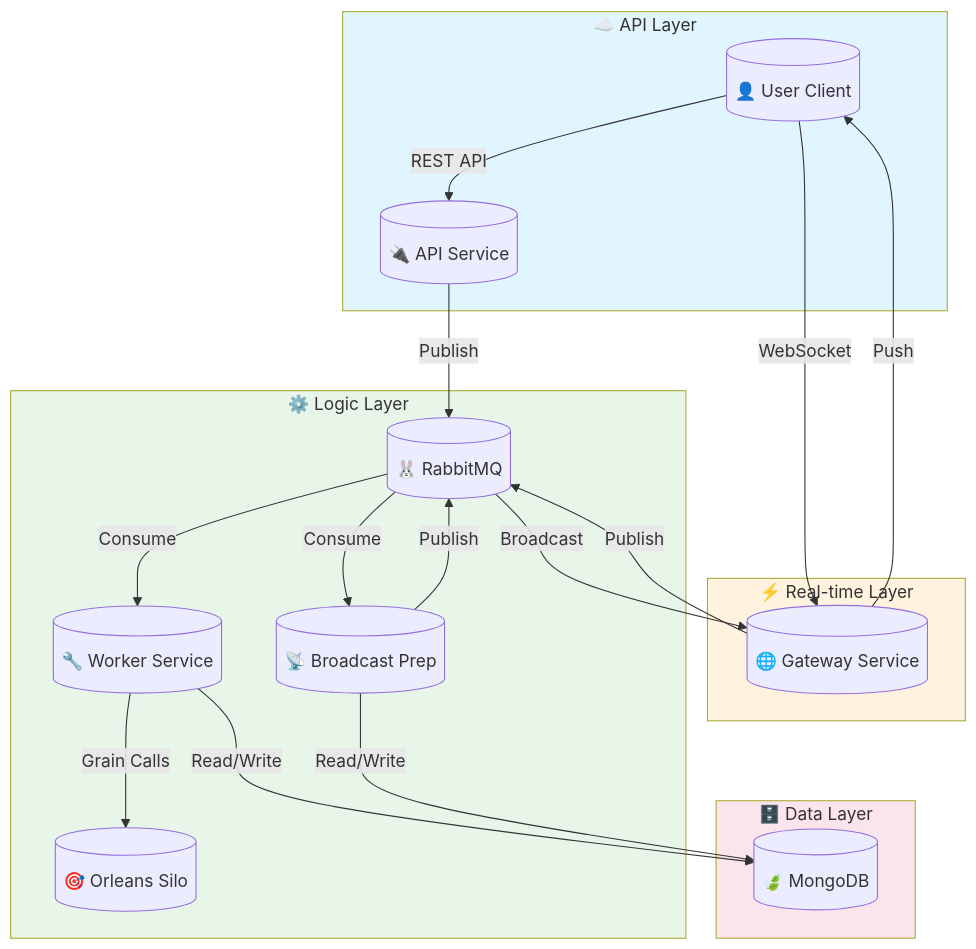
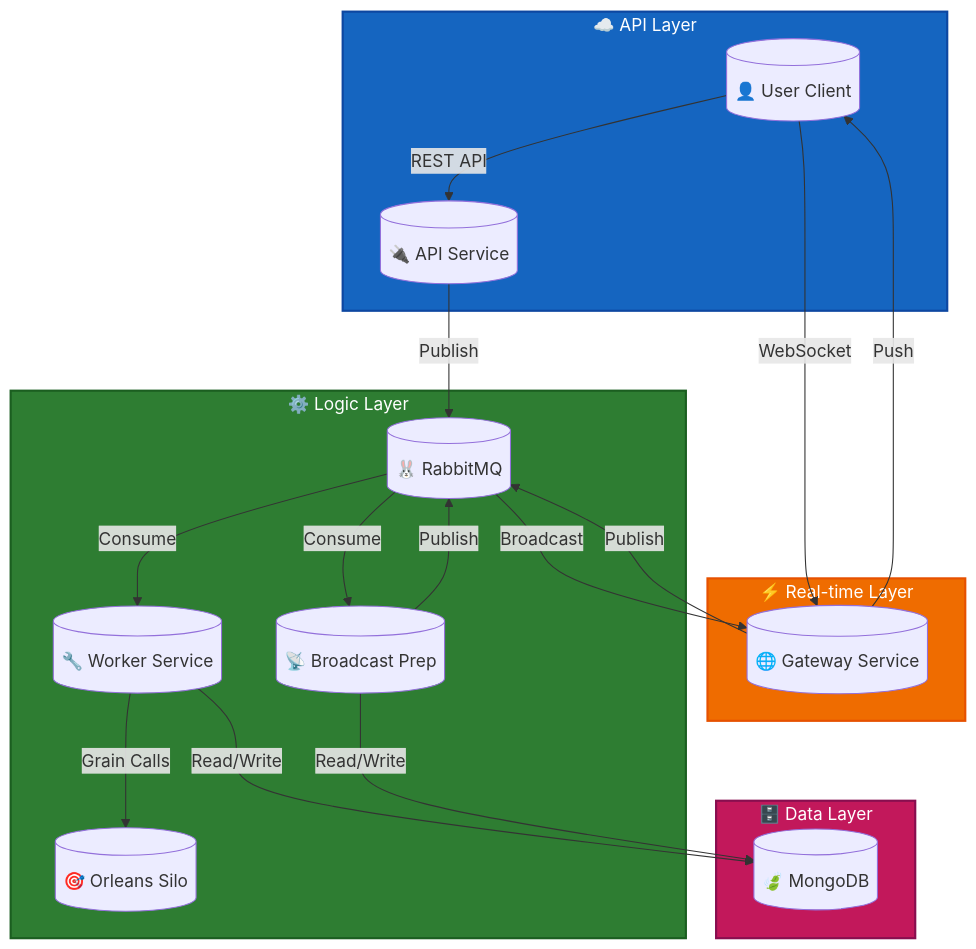
Before and after one commit to abanoubsamer/ChatSystem: the diagram in docs/ARCHITECTURE.md, drawn with Mermaid.

````diff
--- a/docs/ARCHITECTURE.md
+++ b/docs/ARCHITECTURE.md
@@ -63,45 +63,45 @@
 ```mermaid
 flowchart TB
     subgraph api["☁️ API Layer"]
         client[("👤 User Client")]
         api_svc[("🔌 API Service")]
     end
 
     subgraph gateway["⚡ Real-time Layer"]
         gateway_svc[("🌐 Gateway Service")]
     end
 
     subgraph logic["⚙️ Logic Layer"]
         worker[("🔧 Worker Service")]
         orleans[("🎯 Orleans Silo")]
         bp_worker[("📡 Broadcast Prep")]
         rabbitmq[("🐰 RabbitMQ")]
     end
 
     subgraph data["🗄️ Data Layer"]
         mongodb[("🍃 MongoDB")]
     end
 
     client -->|REST API| api_svc
     client -->|WebSocket| gateway_svc
     
     api_svc -->|Publish| rabbitmq
     gateway_svc -->|Publish| rabbitmq
     
     rabbitmq -->|Consume| worker
     rabbitmq -->|Consume| bp_worker
     
     worker -->|Grain Calls| orleans
     worker -->|Read/Write| mongodb
     
     bp_worker -->|Read/Write| mongodb
     bp_worker -->|Publish| rabbitmq
     
     rabbitmq -->|Broadcast| gateway_svc
     gateway_svc -->|Push| client
 
-    style api fill:#e1f5fe
-    style gateway fill:#fff3e0
-    style logic fill:#e8f5e9
-    style data fill:#fce4ec
+    style api fill:#1565C0,stroke:#0D47A1,stroke-width:2px,color:#FFFFFF
+    style gateway fill:#EF6C00,stroke:#E65100,stroke-width:2px,color:#FFFFFF
+    style logic fill:#2E7D32,stroke:#1B5E20,stroke-width:2px,color:#FFFFFF
+    style data fill:#C2185B,stroke:#880E4F,stroke-width:2px,color:#FFFFFF
 ```
````
